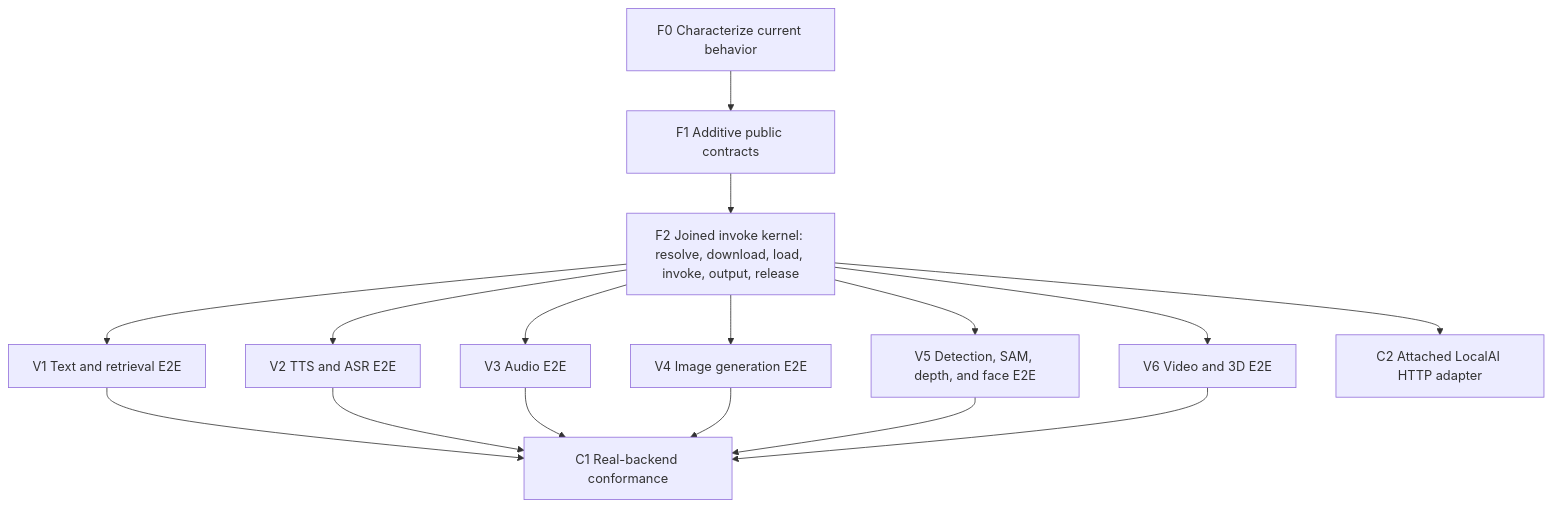
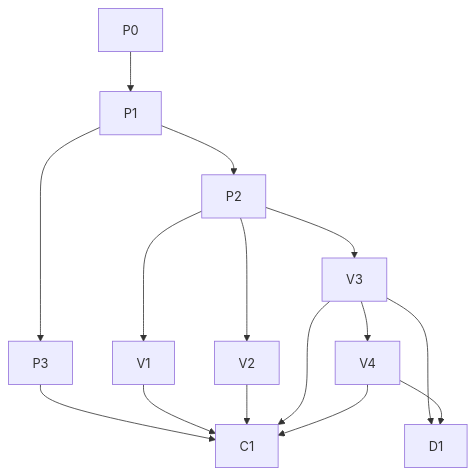
The second of 2 diagrams in docs/internal/development/plans/localai-extensions.md (portpowered/you-agent-factory), drawn with Mermaid before and after one commit. The commit also changed other lines of this file and 2 other files, not shown here.

````diff
--- a/docs/internal/development/plans/localai-extensions.md
+++ b/docs/internal/development/plans/localai-extensions.md
@@ -774,18 +483,16 @@
 ```mermaid
 flowchart TB
-    F0["F0 Characterize current behavior"] --> F1["F1 Additive public contracts"]
-    F1 --> F2["F2 Joined invoke kernel: resolve, download, load, invoke, output, release"]
-    F2 --> V1["V1 Text and retrieval E2E"]
-    F2 --> V2["V2 TTS and ASR E2E"]
-    F2 --> V3["V3 Audio E2E"]
-    F2 --> V4["V4 Image generation E2E"]
-    F2 --> V5["V5 Detection, SAM, depth, and face E2E"]
-    F2 --> V6["V6 Video and 3D E2E"]
-    F2 --> C2["C2 Attached LocalAI HTTP adapter"]
-    V1 --> C1["C1 Real-backend conformance"]
+    P0 --> P1 --> P2
+    P1 --> P3
+    P2 --> V1
+    P2 --> V2
+    P2 --> V3
+    V3 --> V4
+    V3 --> D1
+    V4 --> D1
+    P3 --> C1
+    V1 --> C1
     V2 --> C1
     V3 --> C1
     V4 --> C1
-    V5 --> C1
-    V6 --> C1
 ```
````
